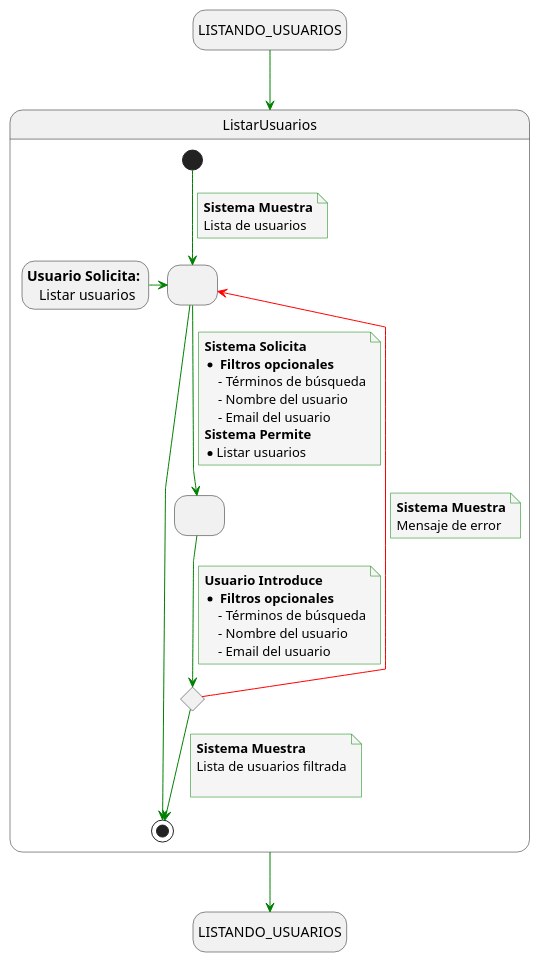
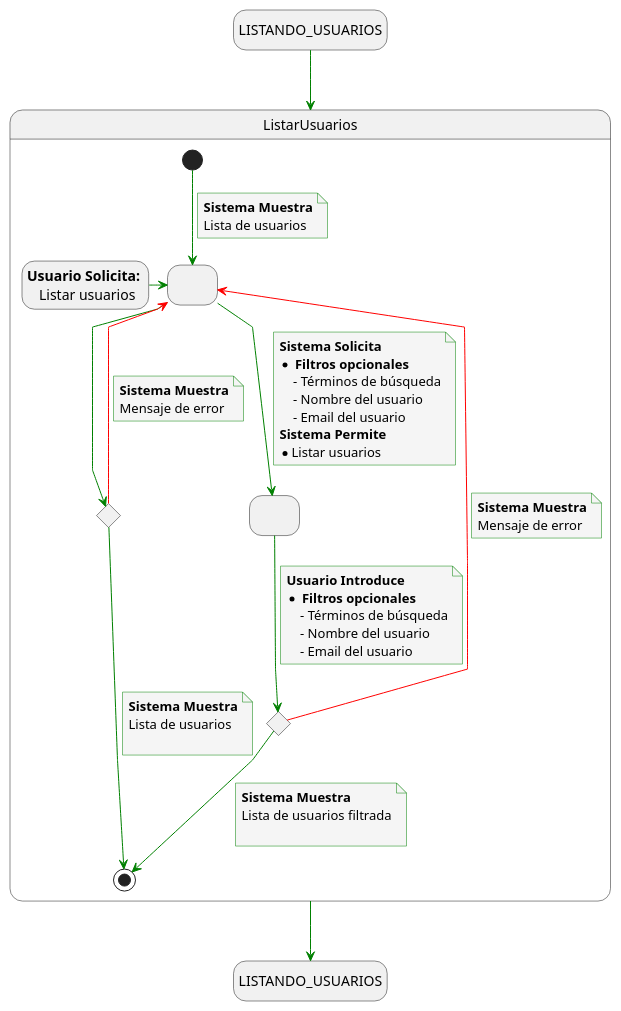
One commit to mmasias/24-25-IdSw1-SDR changed the diagram in docs/casosDeUso/detalladoCasosDeUso/detalladoUsuarios/detalladoListarUsuarios.puml. Above: the diagram before and after it, drawn with PlantUML. The commit also changed 1 other file, not shown here.

Commit message:
feat: enhance user listing diagram with error handling and response states

```diff
--- a/docs/casosDeUso/detalladoCasosDeUso/detalladoUsuarios/detalladoListarUsuarios.puml
+++ b/docs/casosDeUso/detalladoCasosDeUso/detalladoUsuarios/detalladoListarUsuarios.puml
@@ -1,66 +1,79 @@
 @startuml listar_usuarios
 skinparam {
     NoteBackgroundColor #whiteSmoke
     ArrowColor #green
     NoteBorderColor #green
     linetype polyline
 }
 
 hide empty description
 
 state startState as "LISTANDO_USUARIOS"
 state endState as "LISTANDO_USUARIOS"
 
 startState --> ListarUsuarios
 
 ListarUsuarios --> endState
 
 state ListarUsuarios {
     state solicitudFiltros as " "
     state envioFiltros as " "
     state revisionFiltrosEnviados <<choice>>
+    state revisionListaUsuarios <<choice>>
     state usuarioSolicita as "<b>Usuario Solicita:</b> \n Listar usuarios"
 
     usuarioSolicita -> solicitudFiltros
     [*] --> solicitudFiltros
     note on link
         <b>Sistema Muestra</b>
         Lista de usuarios
     end note
 
-    solicitudFiltros -r-> [*]
+    solicitudFiltros -r-> revisionListaUsuarios
+    revisionListaUsuarios -[#red]-> solicitudFiltros
+    note on link
+        <b>Sistema Muestra</b>
+        Mensaje de error
+    end note
+    
+    revisionListaUsuarios --> [*]
+    note on link
+        <b>Sistema Muestra</b>
+        Lista de usuarios
+
+    end note
 
     solicitudFiltros --> envioFiltros
     note on link
         <b>Sistema Solicita</b>
         * <b> Filtros opcionales </b>
             - Términos de búsqueda
             - Nombre del usuario
             - Email del usuario
         <b>Sistema Permite</b>
         * Listar usuarios
     end note
 
     envioFiltros --> revisionFiltrosEnviados
     note on link
         <b>Usuario Introduce</b>
         * <b> Filtros opcionales </b>
             - Términos de búsqueda
             - Nombre del usuario
             - Email del usuario
     end note
 
     revisionFiltrosEnviados -[#red]-> solicitudFiltros
     note on link
         <b>Sistema Muestra</b>
         Mensaje de error
     end note
 
     revisionFiltrosEnviados --> [*]
     note on link
         <b>Sistema Muestra</b>
         Lista de usuarios filtrada
 
     end note
 }
 @enduml
```
